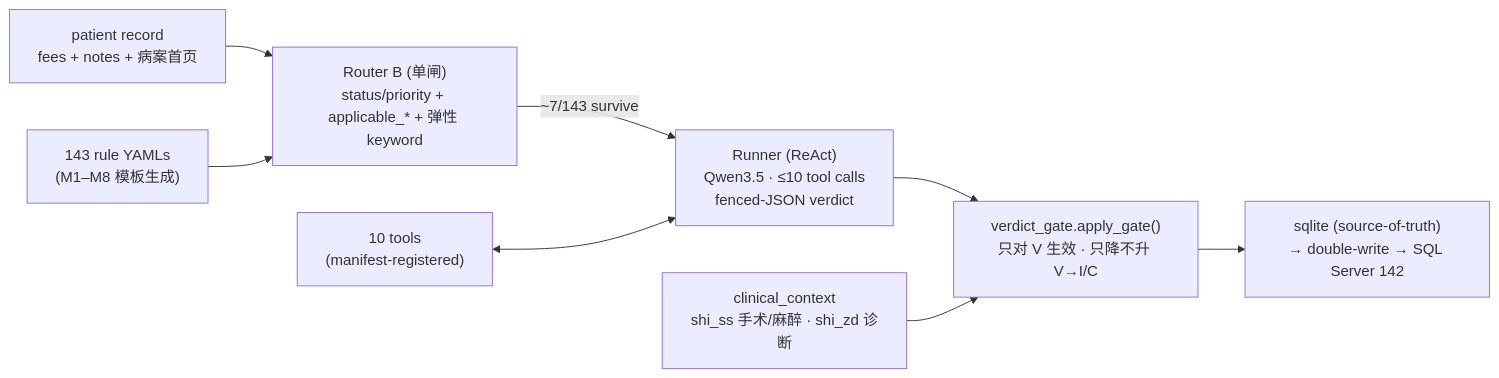
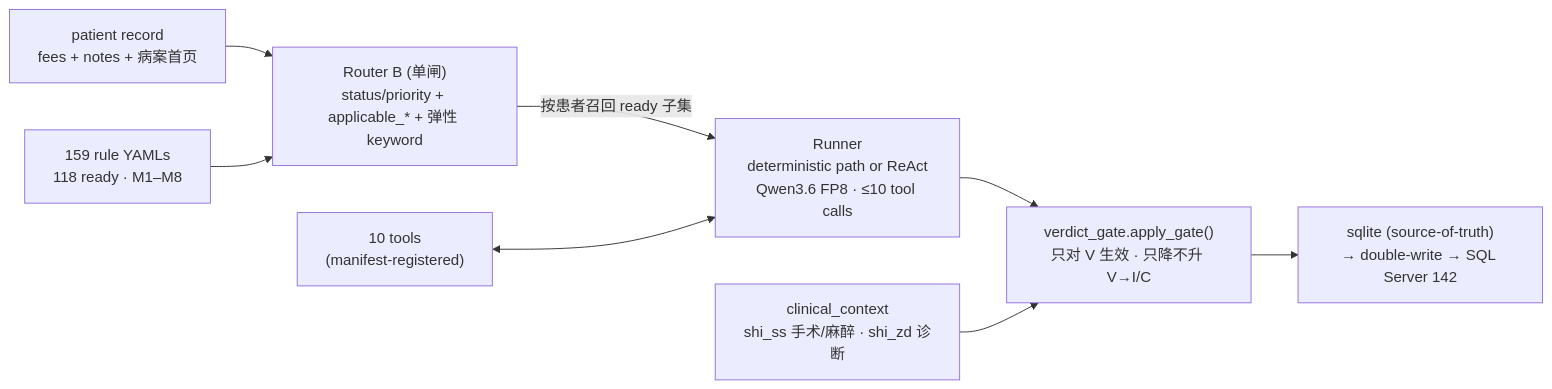
The fifth of 5 diagrams in Info_Sync/技术深潜_Zadig与Javert.md (Oala-null/JavertAgent), drawn with Mermaid before and after one commit. The commit also changed other lines of this file and 39 other files, not shown here.

````diff
--- a/Info_Sync/技术深潜_Zadig与Javert.md
+++ b/Info_Sync/技术深潜_Zadig与Javert.md
@@ -256,10 +263,10 @@
 ```mermaid
 flowchart LR
     P["patient record<br/>fees + notes + 病案首页"] --> RT["Router B (单闸)<br/>status/priority + applicable_* + 弹性 keyword"]
-    RULES["143 rule YAMLs<br/>(M1–M8 模板生成)"] --> RT
-    RT -->|"~7/143 survive"| RUN["Runner (ReAct)<br/>Qwen3.5 · ≤10 tool calls<br/>fenced-JSON verdict"]
+    RULES["159 rule YAMLs<br/>118 ready · M1–M8"] --> RT
+    RT -->|"按患者召回 ready 子集"| RUN["Runner<br/>deterministic path or ReAct<br/>Qwen3.6 FP8 · ≤10 tool calls"]
     TOOLS["10 tools<br/>(manifest-registered)"] <--> RUN
     RUN --> G["verdict_gate.apply_gate()<br/>只对 V 生效 · 只降不升 V→I/C"]
     CTX["clinical_context<br/>shi_ss 手术/麻醉 · shi_zd 诊断"] --> G
     G --> ST["sqlite (source-of-truth)<br/>→ double-write → SQL Server 142"]
 ```
````
